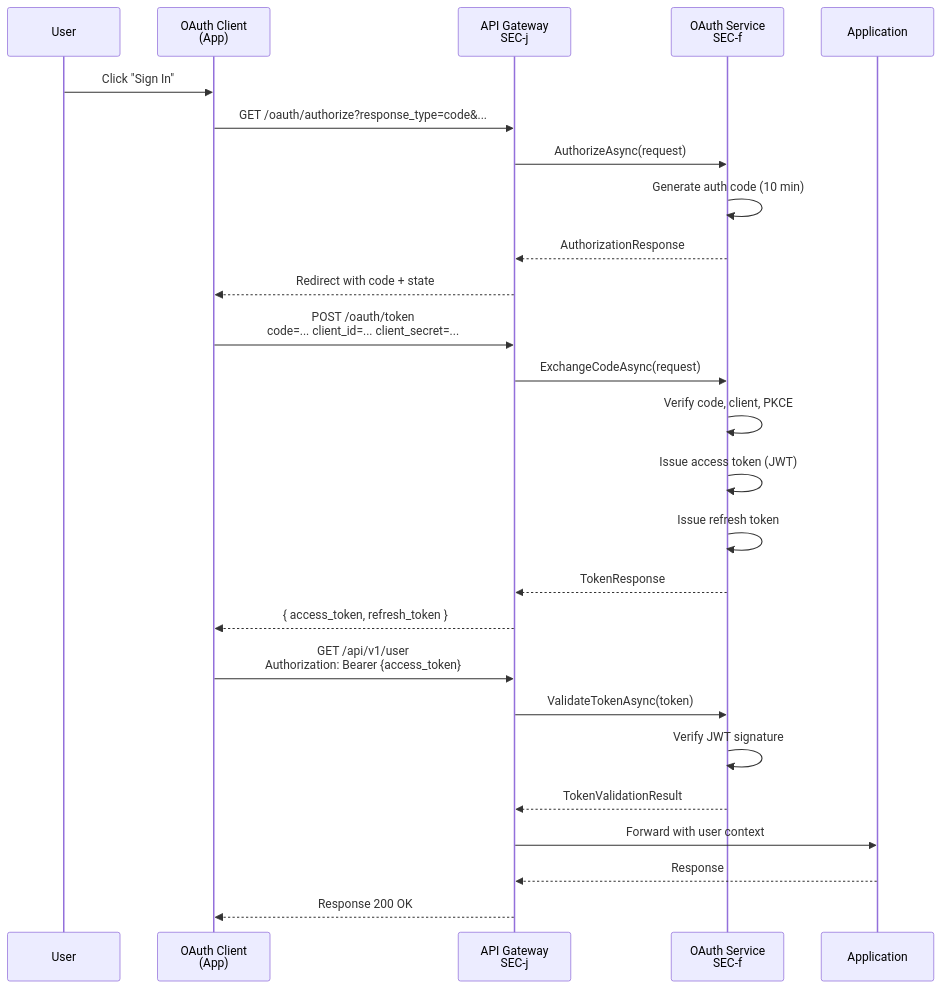
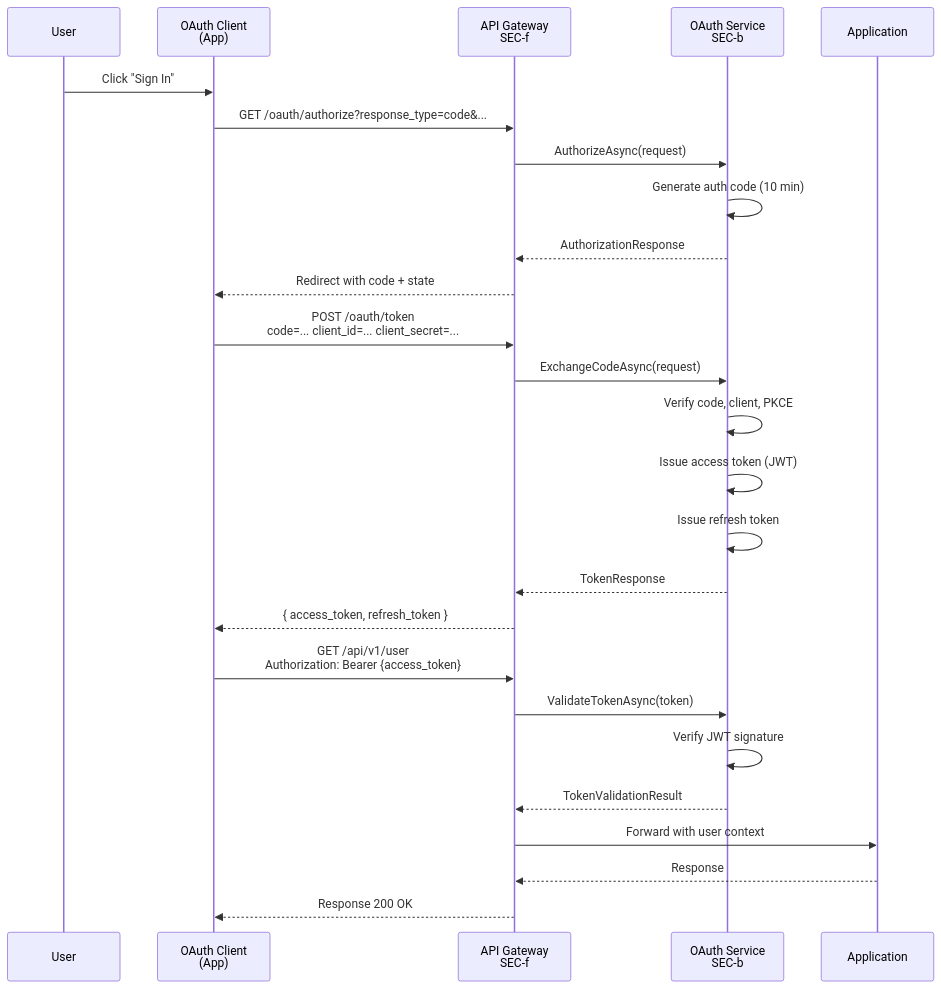
The fourth of 7 diagrams in docs/specs/v0.11.x/v0.11.5/LCS-DES-v0.11.5-SEC-INDEX.md (southpawriter02/lexichord), drawn with Mermaid before and after one commit. The commit also changed other lines of this file and 74 other files, not shown here.

````diff
--- a/docs/specs/v0.11.x/v0.11.5/LCS-DES-v0.11.5-SEC-INDEX.md
+++ b/docs/specs/v0.11.x/v0.11.5/LCS-DES-v0.11.5-SEC-INDEX.md
@@ -419,29 +419,29 @@
 ```mermaid
 sequenceDiagram
     participant User
     participant Client as OAuth Client<br/>(App)
-    participant Gateway as API Gateway<br/>SEC-j
-    participant OAuth as OAuth Service<br/>SEC-f
+    participant Gateway as API Gateway<br/>SEC-f
+    participant OAuth as OAuth Service<br/>SEC-b
     participant App as Application
 
     User->>Client: Click "Sign In"
     Client->>Gateway: GET /oauth/authorize?response_type=code&...
     Gateway->>OAuth: AuthorizeAsync(request)
     OAuth->>OAuth: Generate auth code (10 min)
     OAuth-->>Gateway: AuthorizationResponse
     Gateway-->>Client: Redirect with code + state
     Client->>Gateway: POST /oauth/token<br/>code=... client_id=... client_secret=...
     Gateway->>OAuth: ExchangeCodeAsync(request)
     OAuth->>OAuth: Verify code, client, PKCE
     OAuth->>OAuth: Issue access token (JWT)
     OAuth->>OAuth: Issue refresh token
     OAuth-->>Gateway: TokenResponse
     Gateway-->>Client: { access_token, refresh_token }
     Client->>Gateway: GET /api/v1/user<br/>Authorization: Bearer {access_token}
     Gateway->>OAuth: ValidateTokenAsync(token)
     OAuth->>OAuth: Verify JWT signature
     OAuth-->>Gateway: TokenValidationResult
     Gateway->>App: Forward with user context
     App-->>Gateway: Response
     Gateway-->>Client: Response 200 OK
 ```
````
